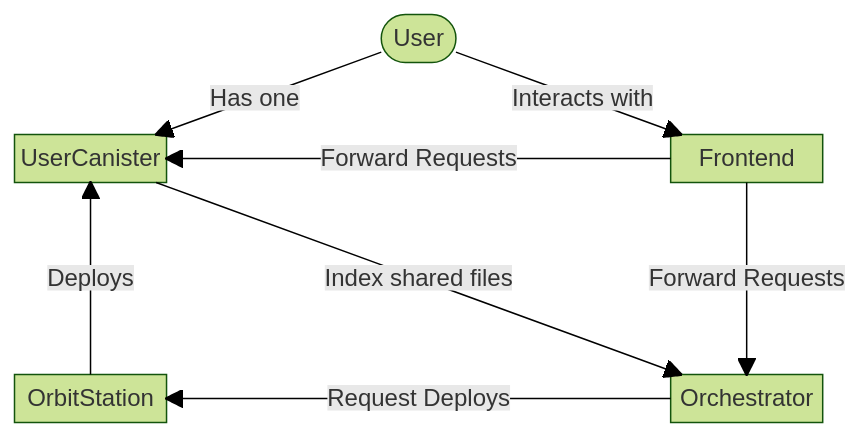
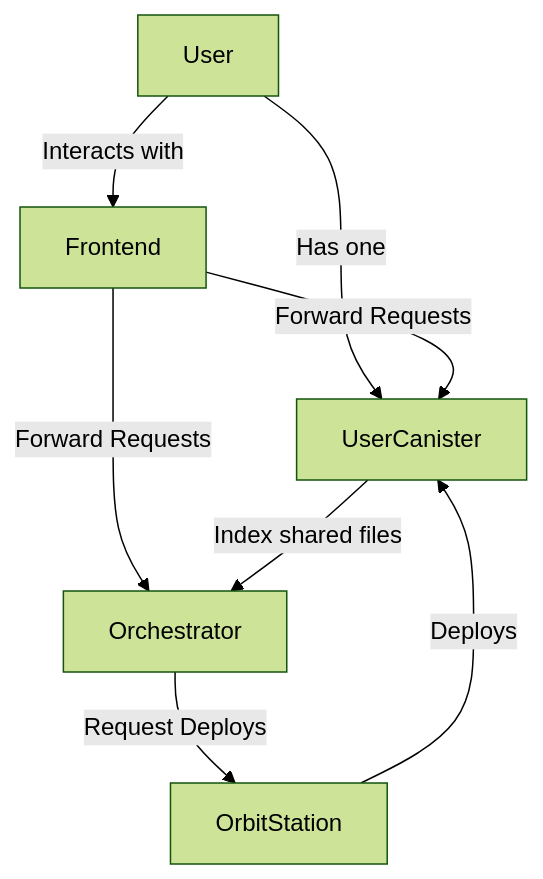
Before and after one commit to icp-hub-it/docutrack-docs: the diagram in architecture/introduction.mdx, drawn with Mermaid (forest theme). The commit also changed other lines of this file and 2 other files, not shown here.

````diff
--- a/architecture/introduction.mdx
+++ b/architecture/introduction.mdx
@@ -9,26 +9,16 @@
 ```mermaid
-block-beta
-    columns 5
+graph TD
+    User["User"]
+    UserCanister["UserCanister"]
+    Frontend["Frontend"]
+    OrbitStation["OrbitStation"]
+    Orchestrator["Orchestrator"]
 
-    space:2
-    User (["User"])
-    space:7
-    UserCanister
-    
-    space:3
-    Frontend
-    space:15
-    
-    OrbitStation
-    space:3
-    Orchestrator
-
-    User -- "Has one" --> UserCanister
-    Orchestrator -- "Request Deploys" --> OrbitStation
-    OrbitStation -- "Deploys" --> UserCanister
-    User -- "Interacts with" --> Frontend
-    Frontend -- "Forward Requests" --> Orchestrator
-    Frontend -- "Forward Requests" --> UserCanister
-    UserCanister -- "Index shared files" --> Orchestrator
-
+    User -->|Has one| UserCanister
+    Orchestrator -->|Request Deploys| OrbitStation
+    OrbitStation -->|Deploys| UserCanister
+    User -->|Interacts with| Frontend
+    Frontend -->|Forward Requests| Orchestrator
+    Frontend -->|Forward Requests| UserCanister
+    UserCanister -->|Index shared files| Orchestrator
 ```
````
